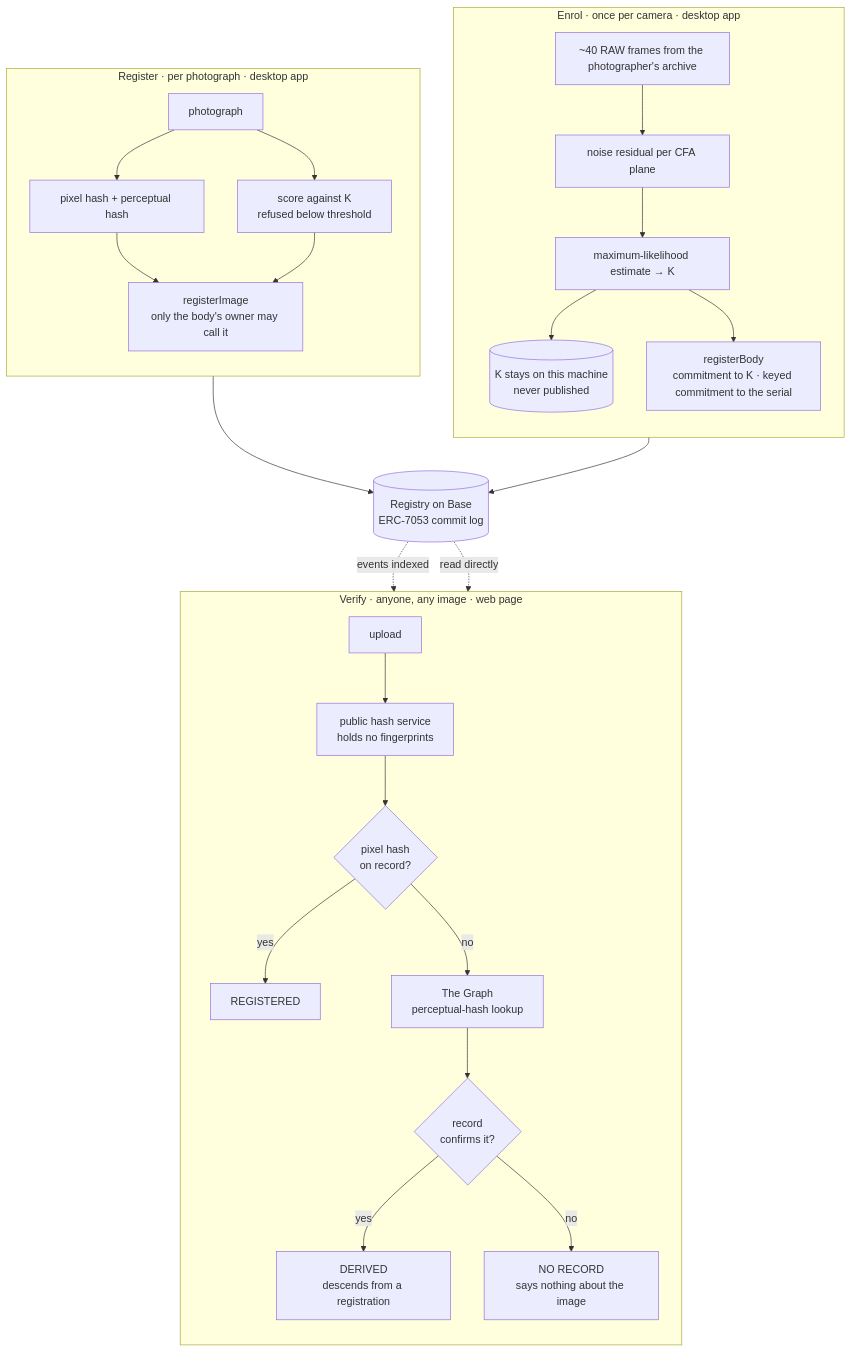
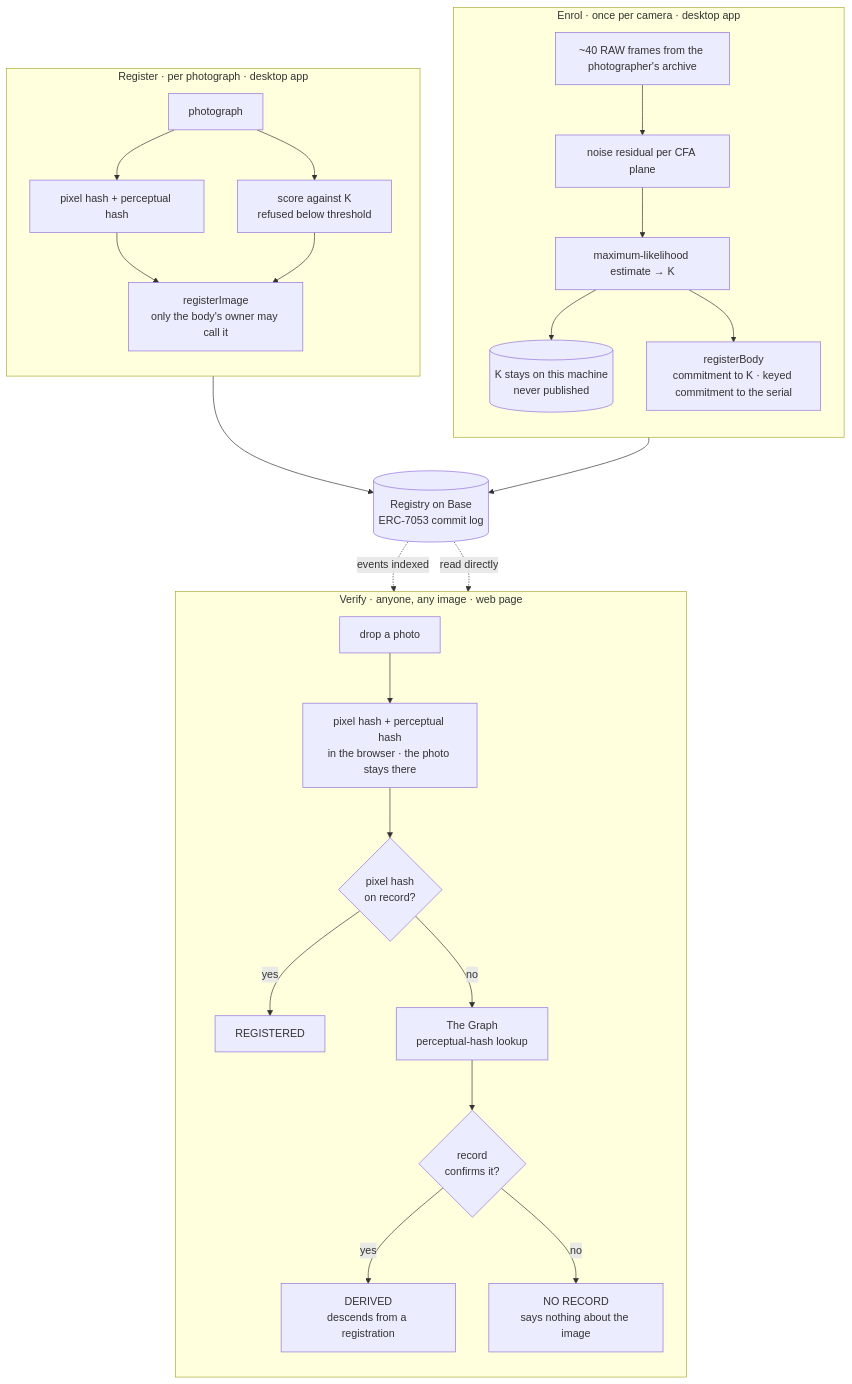
The diagram in README.md (muse254/genesis), drawn with Mermaid before and after one commit. The commit also changed other lines of this file and 16 other files, not shown here.

````diff
--- a/README.md
+++ b/README.md
@@ -50,35 +51,35 @@
 ```mermaid
 flowchart TB
   subgraph Enrol["Enrol · once per camera · desktop app"]
     direction TB
     A1["~40 RAW frames from the photographer's archive"] --> A2["noise residual per CFA plane"]
     A2 --> A3["maximum-likelihood estimate → K"]
     A3 --> A4[("K stays on this machine<br/>never published")]
     A3 --> A5["registerBody<br/>commitment to K · keyed commitment to the serial"]
   end
 
   subgraph Register["Register · per photograph · desktop app"]
     direction TB
     B1["photograph"] --> B2["pixel hash + perceptual hash"]
     B1 --> B3["score against K<br/>refused below threshold"]
     B2 --> B4["registerImage<br/>only the body's owner may call it"]
     B3 --> B4
   end
 
   subgraph Verify["Verify · anyone, any image · web page"]
     direction TB
-    C1["upload"] --> C2["public hash service<br/>holds no fingerprints"]
+    C1["drop a photo"] --> C2["pixel hash + perceptual hash<br/>in the browser · the photo stays there"]
     C2 --> C3{"pixel hash<br/>on record?"}
     C3 -->|yes| C4["REGISTERED"]
     C3 -->|no| C5["The Graph<br/>perceptual-hash lookup"]
     C5 --> C6{"record<br/>confirms it?"}
     C6 -->|yes| C7["DERIVED<br/>descends from a registration"]
     C6 -->|no| C8["NO RECORD<br/>says nothing about the image"]
   end
 
   R[("Registry on Base<br/>ERC-7053 commit log")]
   A5 --> R
   B4 --> R
   R -.->|events indexed| C5
   R -.->|read directly| C3
 ```
````
